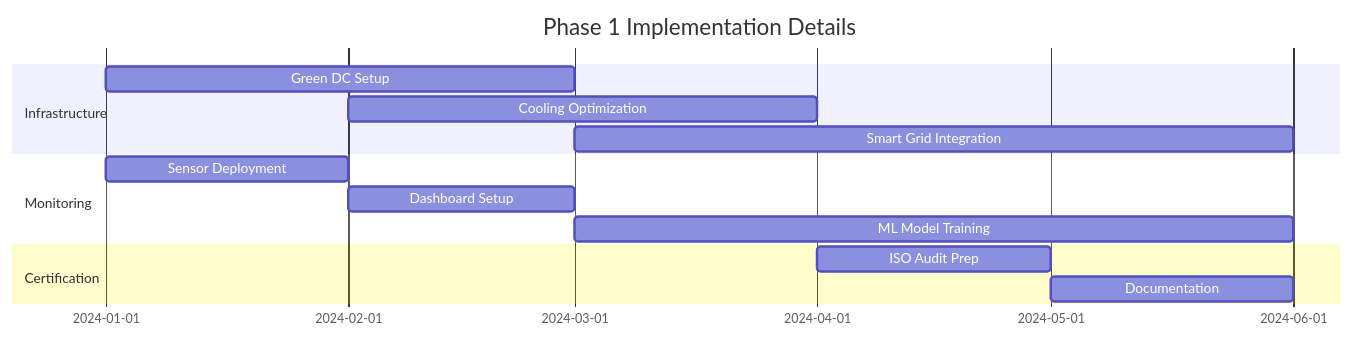
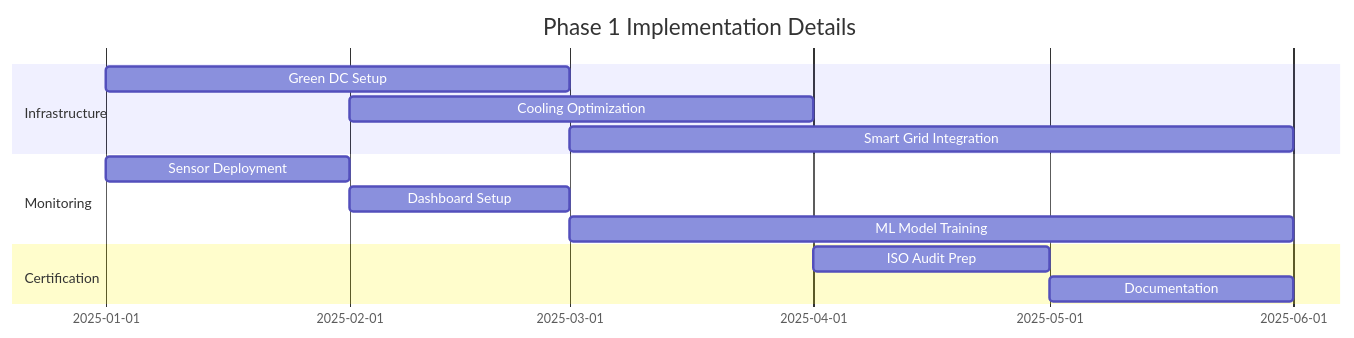
One commit to Vortx-AI/synthetic-satellite changed the ninth of 16 diagrams in docs/sustainability/README.md. Above: the diagram before and after it, drawn with Mermaid. The commit also changed other lines of this file, not shown here.

````diff
--- a/docs/sustainability/README.md
+++ b/docs/sustainability/README.md
@@ -438,16 +377,16 @@
 ```mermaid
 gantt
     title Phase 1 Implementation Details
     dateFormat YYYY-MM
     section Infrastructure
-    Green DC Setup      :2024-01, 2024-03
-    Cooling Optimization:2024-02, 2024-04
-    Smart Grid Integration :2024-03, 2024-06
+    Green DC Setup      :2025-01, 2025-03
+    Cooling Optimization:2025-02, 2025-04
+    Smart Grid Integration :2025-03, 2025-06
     section Monitoring
-    Sensor Deployment   :2024-01, 2024-02
-    Dashboard Setup     :2024-02, 2024-03
-    ML Model Training   :2024-03, 2024-06
+    Sensor Deployment   :2025-01, 2025-02
+    Dashboard Setup     :2025-02, 2025-03
+    ML Model Training   :2025-03, 2025-06
     section Certification
-    ISO Audit Prep      :2024-04, 2024-05
-    Documentation       :2024-05, 2024-06
+    ISO Audit Prep      :2025-04, 2025-05
+    Documentation       :2025-05, 2025-06
 ```
````
